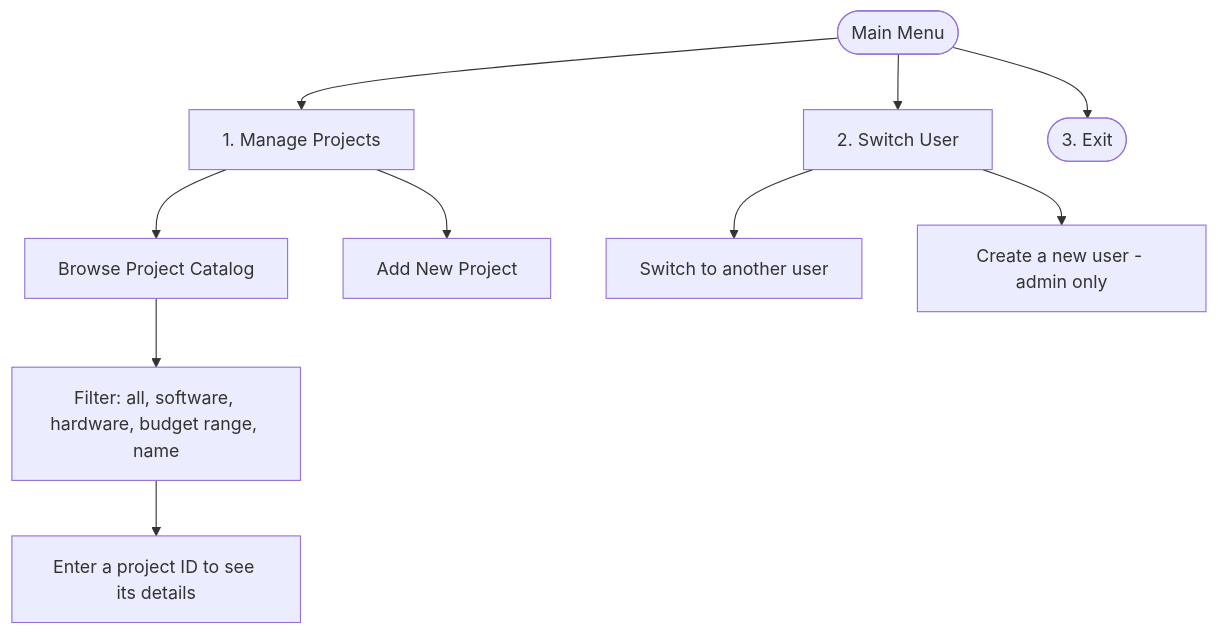
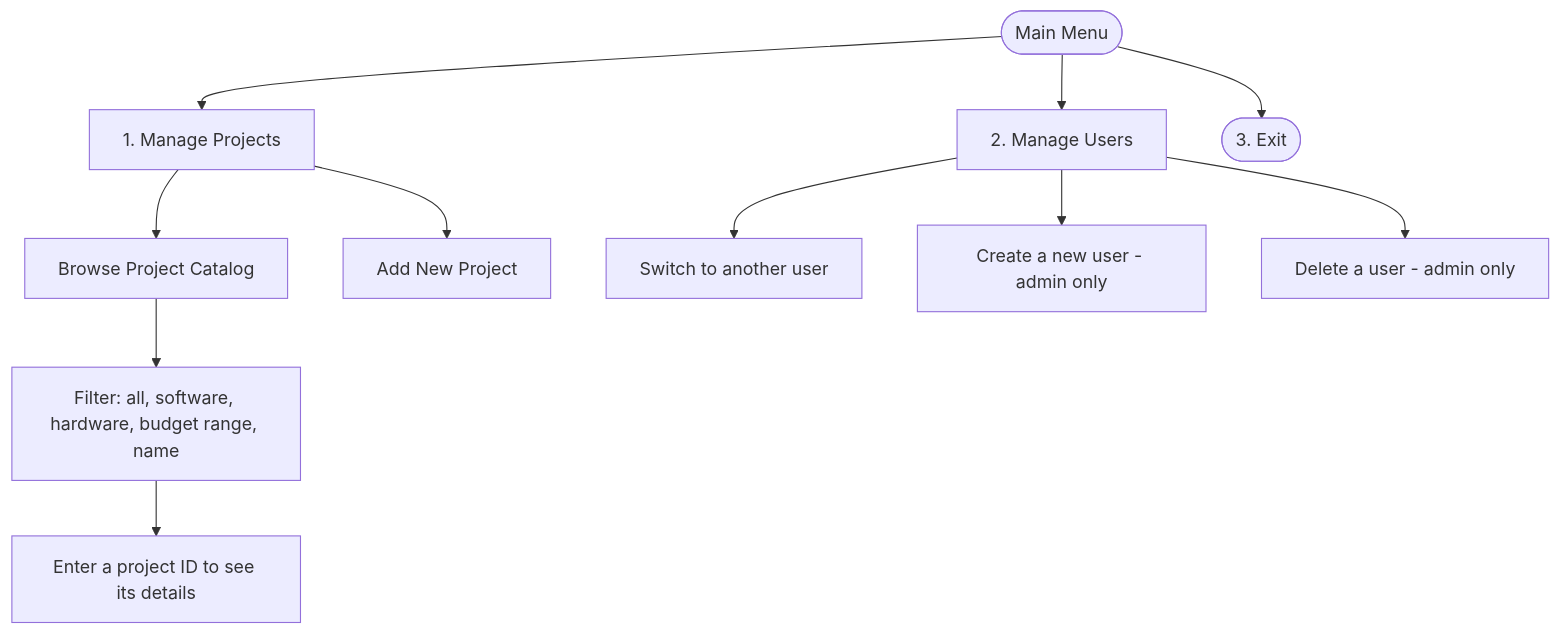
One commit to josephus-mupanda/project-management-system-agile-and-devops changed the second of 2 diagrams in README.md. Above: the diagram before and after it, drawn with Mermaid. The commit also changed other lines of this file and 3 other files, not shown here.

Commit message:
feat(US-04): let admins delete users except themselves, with tests

````diff
--- a/README.md
+++ b/README.md
@@ -55,14 +55,15 @@
 ```mermaid
 flowchart TD
     M(["Main Menu"]) --> P["1. Manage Projects"]
-    M --> U["2. Switch User"]
+    M --> U["2. Manage Users"]
     M --> X(["3. Exit"])
 
     P --> P1["Browse Project Catalog"]
     P --> P2["Add New Project"]
     P1 --> F["Filter: all, software, hardware, budget range, name"]
     F --> D["Enter a project ID to see its details"]
 
     U --> U1["Switch to another user"]
     U --> U2["Create a new user - admin only"]
+    U --> U3["Delete a user - admin only"]
 ```
````
